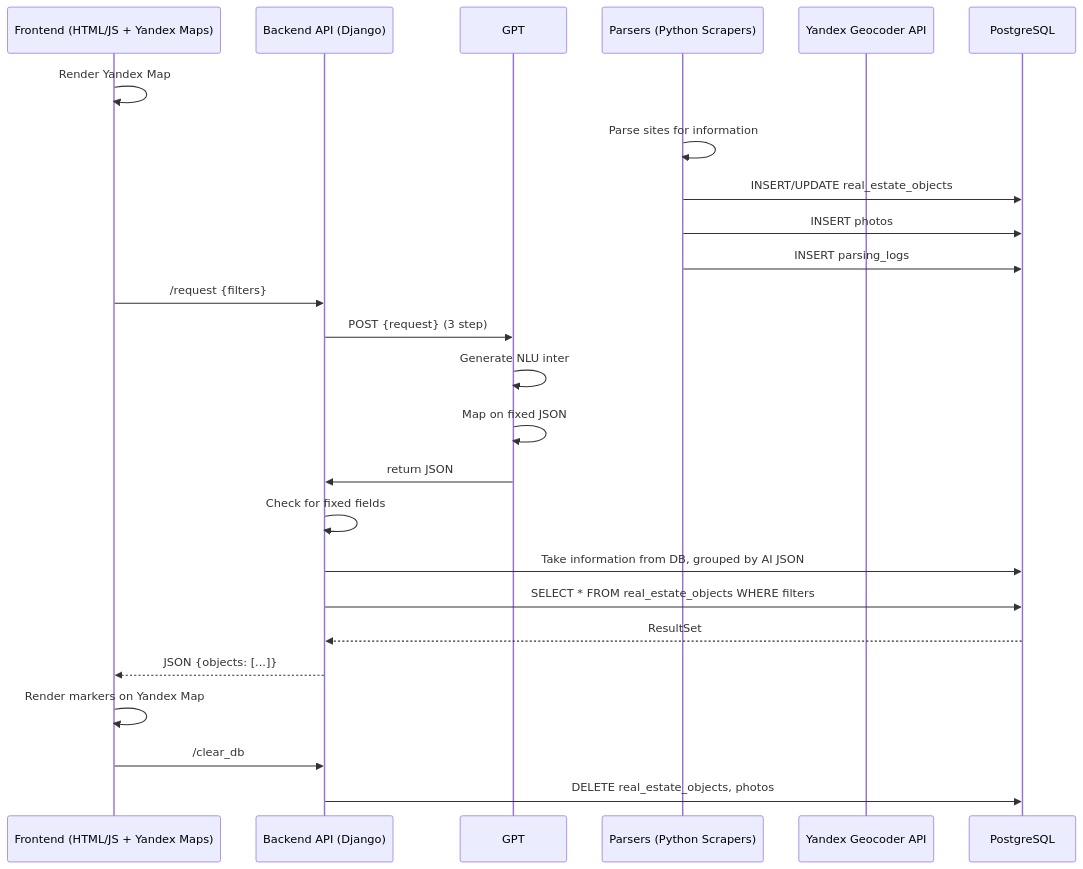
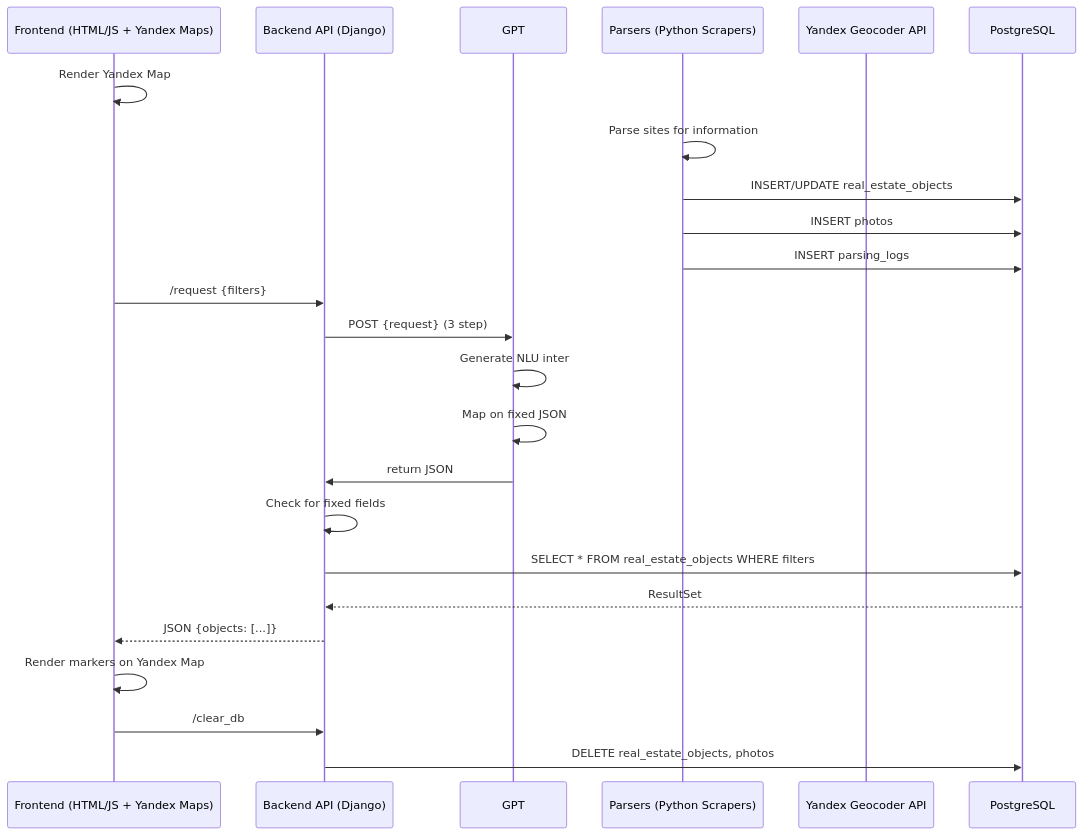
Before and after one commit to BruhWhyMeHaveNoIdea/hackathon: the diagram in docs/scheme.md, drawn with Mermaid.

````diff
--- a/docs/scheme.md
+++ b/docs/scheme.md
@@ -1,42 +1,41 @@
 ```mermaid
 sequenceDiagram
     participant Front as Frontend (HTML/JS + Yandex Maps)
     participant API as Backend API (Django)
     participant AI as GPT
     participant Parser as Parsers (Python Scrapers)
     participant Geo as Yandex Geocoder API
     participant DB as PostgreSQL
 
     %% === Старт работы ===
     Front ->> Front: Render Yandex Map
     Parser ->> Parser: Parse sites for information
     Parser ->> DB: INSERT/UPDATE real_estate_objects # Put information in DB
     Parser ->> DB: INSERT photos
     Parser ->> DB: INSERT parsing_logs
 
     %% === Пользователь вводит требования банка ===
     Front ->> API: /request {filters}
     
     API ->> AI: POST {request} (3 step)
     AI ->> AI: Generate NLU inter
     AI ->> AI: Map on fixed JSON
     AI ->> API: return JSON
     API ->> API: Check for fixed fields
-    API ->> DB: Take information from DB, grouped by AI JSON
 
 
     %% === API запрашивает данные для фронта ===
-    API ->> DB: SELECT * FROM real_estate_objects WHERE filters
+    API ->> DB: SELECT * FROM real_estate_objects WHERE filters # Take information from DB, grouped by AI JSON
     DB -->> API: ResultSet
 
     %% === Ответ на фронт ===
     API -->> Front: JSON {objects: [...]}
 
     %% === Отображение на карте ===
     Front ->> Front: Render markers on Yandex Map
 
     %% === Отчистка БД после закрытия запроса ===
     Front ->> API: /clear_db
     API ->> DB: DELETE real_estate_objects, photos
 
 ```
````
